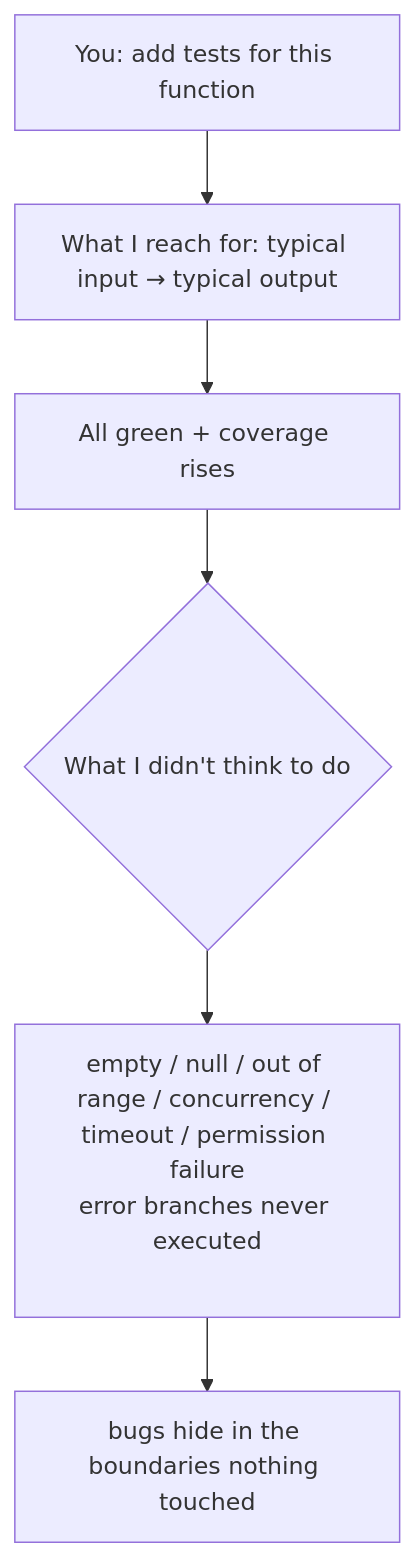
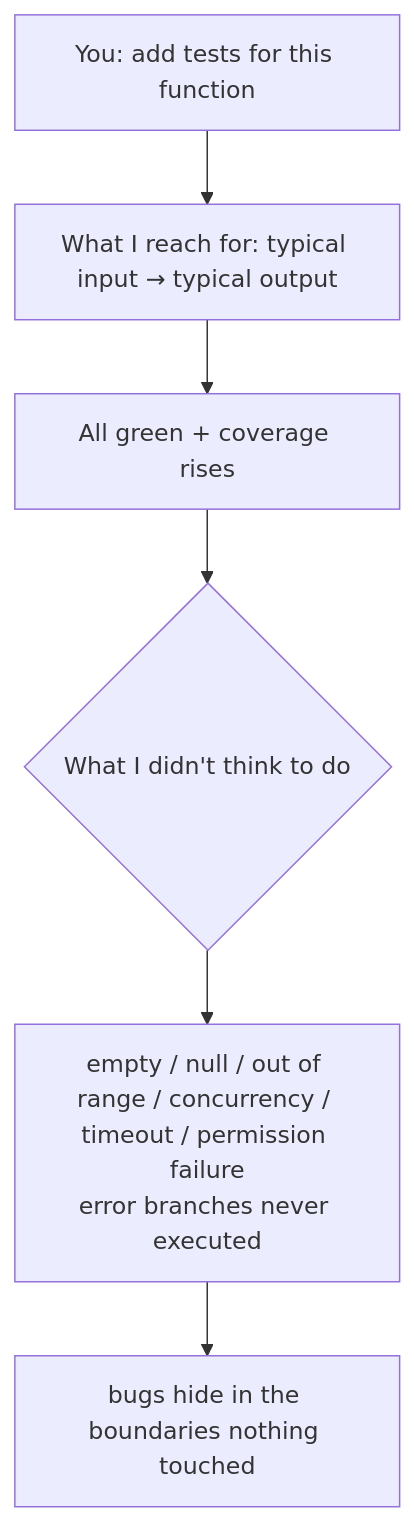
Before and after one commit to XuebinMa/AIWiki: the diagram in i18n/en/docusaurus-plugin-content-docs/current/06-testing/happy-path-only.mdx, drawn with Mermaid. The commit also changed 99 other files, not shown here.

First line of the commit message:
fix(mermaid): 全局根治节点文字裁切（htmlLabels:false + 清理 br/nbsp 占位）(#26)

````diff
--- a/i18n/en/docusaurus-plugin-content-docs/current/06-testing/happy-path-only.mdx
+++ b/i18n/en/docusaurus-plugin-content-docs/current/06-testing/happy-path-only.mdx
@@ -36,8 +36,8 @@
 ```mermaid
 flowchart TD
     A[You: add tests for this function] --> B[What I reach for: typical input → typical output]
     B --> C[All green + coverage rises]
     C --> D{What I didn't think to do}
-    D --> E["empty / null / out of range / concurrency / timeout / permission failure<br/>error branches never executed<br/>&nbsp;"]
+    D --> E["empty / null / out of range / concurrency / timeout / permission failure<br/>error branches never executed"]
     E --> F[bugs hide in the boundaries nothing touched]
 ```
````
